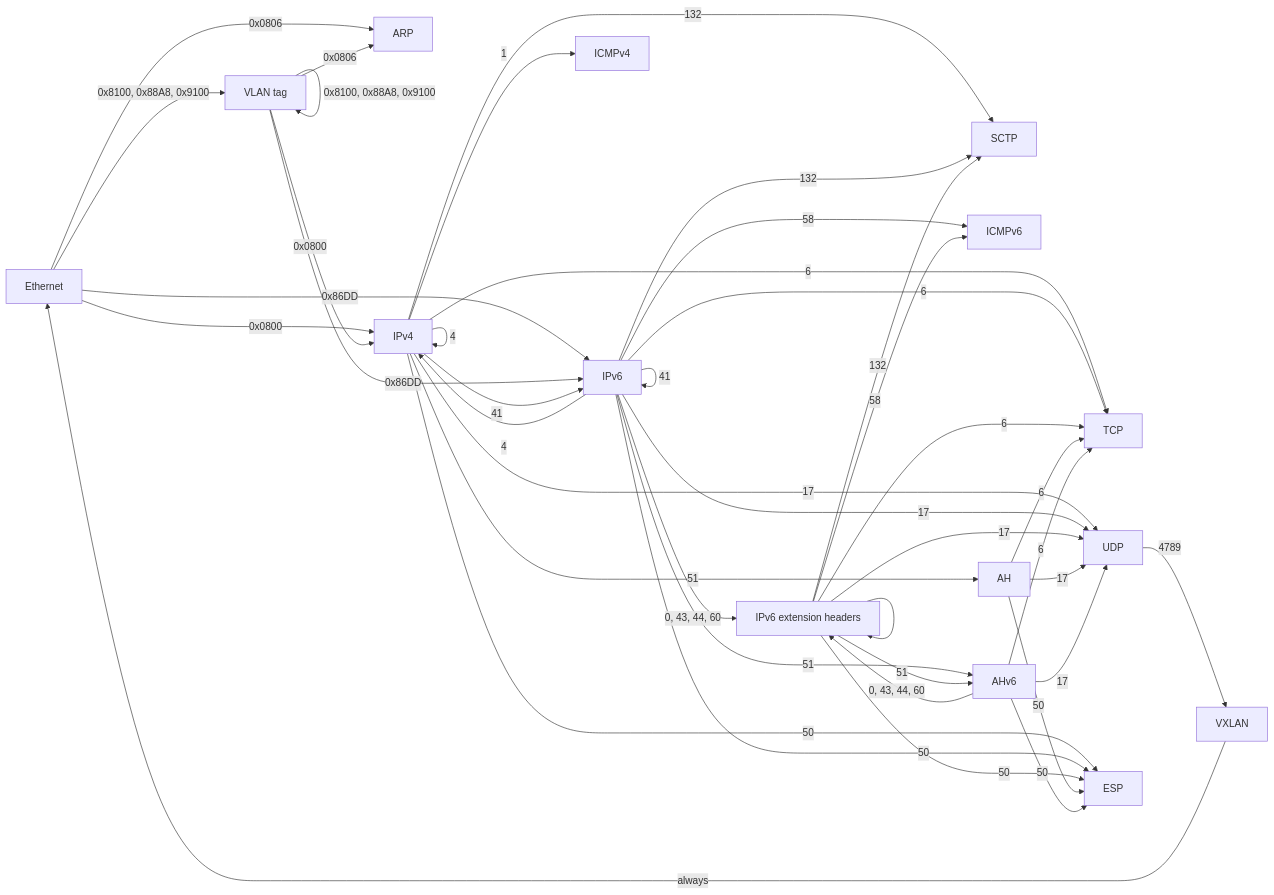
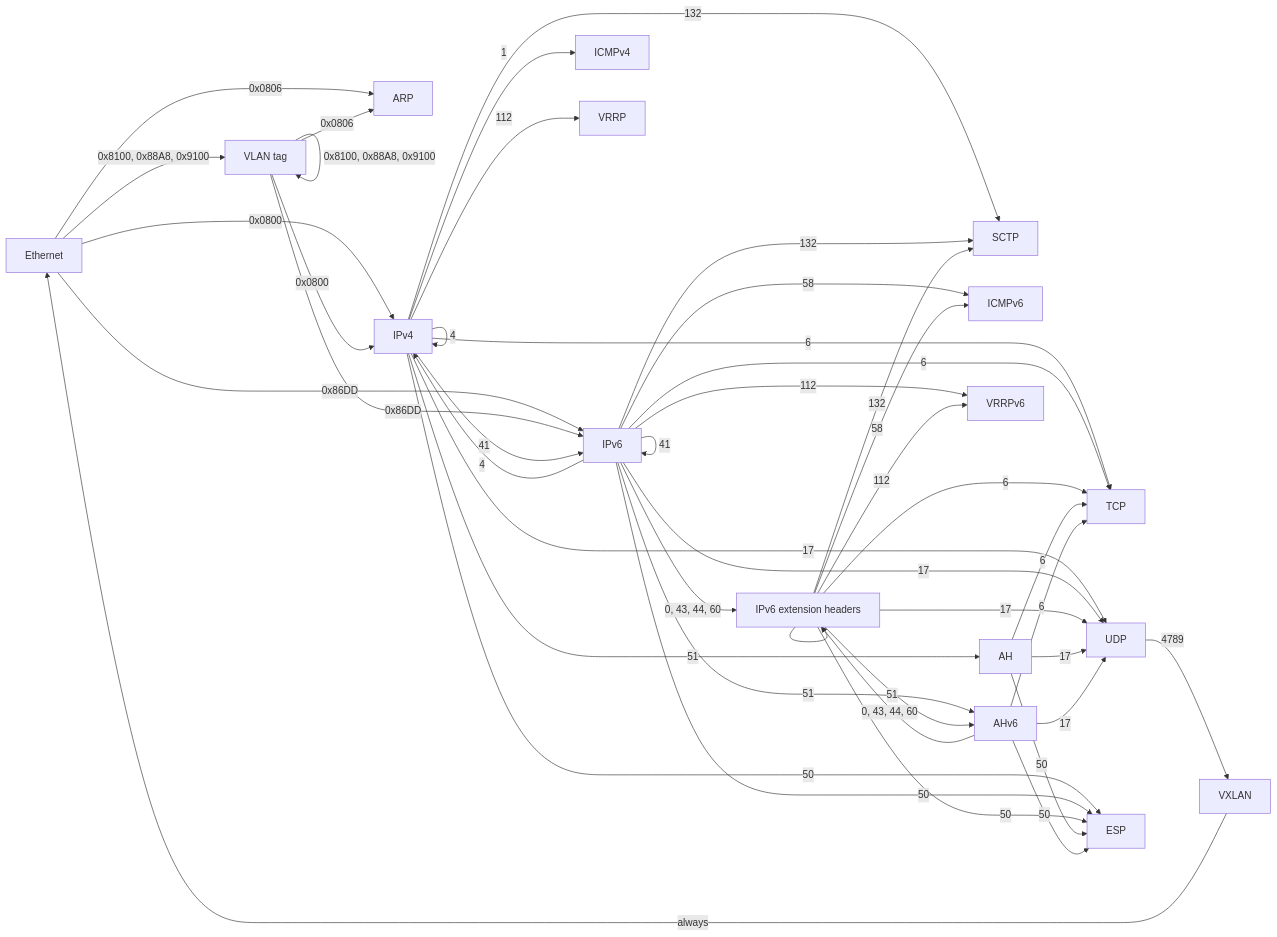
The diagram in ARCHITECTURE.md (EONRaider/NETProtocols), drawn with Mermaid before and after one commit. The commit also changed other lines of this file and 28 other files, not shown here.

````diff
--- a/ARCHITECTURE.md
+++ b/ARCHITECTURE.md
@@ -252,44 +259,47 @@
 ```mermaid
 flowchart LR
   E[Ethernet] -->|0x0806| A[ARP]
   E -->|0x0800| I4[IPv4]
   E -->|0x86DD| I6[IPv6]
   E -->|0x8100, 0x88A8, 0x9100| V[VLAN tag]
   V -->|0x8100, 0x88A8, 0x9100| V
   V -->|0x0806| A
   V -->|0x0800| I4
   V -->|0x86DD| I6
   I4 -->|1| IC4[ICMPv4]
   I4 -->|6| T[TCP]
   I4 -->|17| U[UDP]
   I4 -->|132| S[SCTP]
   I6 -->|58| IC6[ICMPv6]
   I6 -->|6| T
   I6 -->|17| U
   I6 -->|132| S
   I4 -->|4| I4
   I4 -->|41| I6
   I6 -->|4| I4
   I6 -->|41| I6
   I4 -->|50| ESP[ESP]
   I6 -->|50| ESP
   I6 -->|0, 43, 44, 60| X[IPv6 extension headers]
   X --> X
   X -->|58| IC6
   X -->|6| T
   X -->|17| U
   X -->|132| S
   X -->|50| ESP
   I4 -->|51| AH[AH]
   AH -->|6| T
   AH -->|17| U
   AH -->|50| ESP
   I6 -->|51| AH6[AHv6]
   X -->|51| AH6
   AH6 -->|0, 43, 44, 60| X
   AH6 -->|6| T
   AH6 -->|17| U
   AH6 -->|50| ESP
+  I4 -->|112| VR[VRRP]
+  I6 -->|112| VR6[VRRPv6]
+  X -->|112| VR6
   U -->|4789| VX[VXLAN]
   VX -->|always| E
 ```
````
